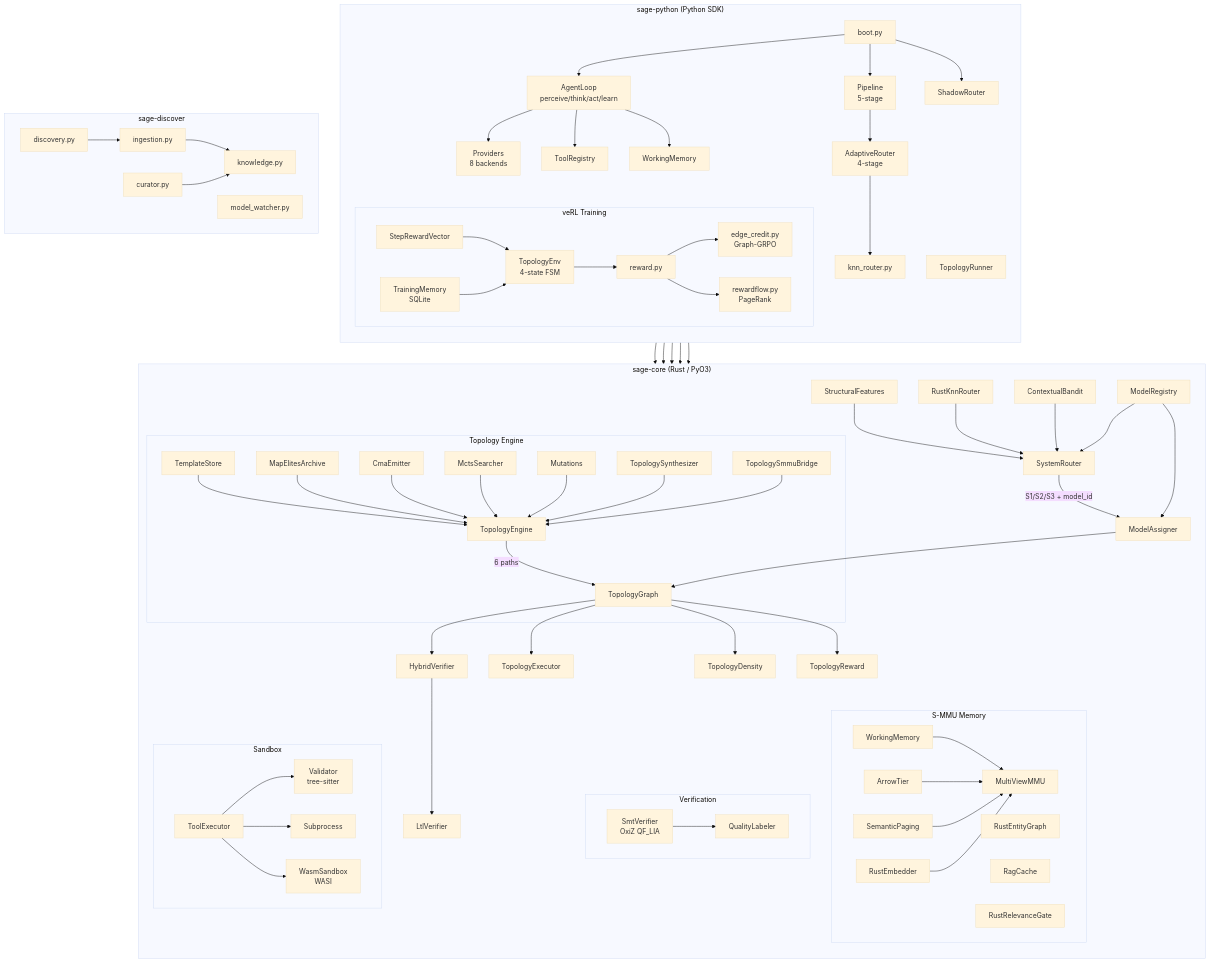
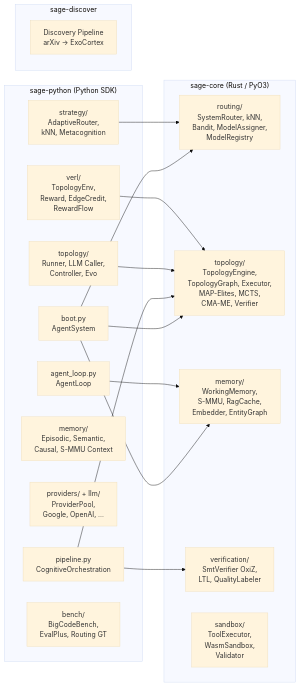
Before and after one commit to yannabadie/YGN-SAGE: the second of 2 diagrams in AI-ARCHITECTURE.md, drawn with Mermaid (base theme). The commit also changed other lines of this file, not shown here.

First line of the commit message:
docs: rigorous AI-ARCHITECTURE.md — 850 lines, 20 sections, evidence-based

````diff
--- a/AI-ARCHITECTURE.md
+++ b/AI-ARCHITECTURE.md
@@ -42,85 +158,36 @@
 ```mermaid
-flowchart TD
-    subgraph sage-core["sage-core (Rust / PyO3)"]
-        direction TB
-        SF[StructuralFeatures] --> SR[SystemRouter]
-        KNN[RustKnnRouter] --> SR
-        SR --> |S1/S2/S3 + model_id| MA[ModelAssigner]
-        CB[ContextualBandit] --> SR
-        MR[ModelRegistry] --> SR
-        MR --> MA
-
-        subgraph topology["Topology Engine"]
-            TE[TopologyEngine] --> |6 paths| TG[TopologyGraph]
-            TS[TemplateStore] --> TE
-            MAP[MapElitesArchive] --> TE
-            CMA[CmaEmitter] --> TE
-            MCTS[MctsSearcher] --> TE
-            MUT[Mutations] --> TE
-            SYN[TopologySynthesizer] --> TE
-            SMMU_B[TopologySmmuBridge] --> TE
-        end
-
-        MA --> TG
-        TG --> HV[HybridVerifier]
-        TG --> TEX[TopologyExecutor]
-        TG --> TD_[TopologyDensity]
-        TG --> TR[TopologyReward]
-        HV --> LTL[LtlVerifier]
-
-        subgraph memory["S-MMU Memory"]
-            WM[WorkingMemory] --> SMMU[MultiViewMMU]
-            AT[ArrowTier] --> SMMU
-            PG[SemanticPaging] --> SMMU
-            EMB[RustEmbedder] --> SMMU
-            EG[RustEntityGraph]
-            RC[RagCache]
-            RG[RustRelevanceGate]
-        end
-
-        subgraph verification["Verification"]
-            SMT[SmtVerifier<br/>OxiZ QF_LIA]
-            QL[QualityLabeler]
-            SMT --> QL
-        end
-
-        subgraph sandbox["Sandbox"]
-            TEXEC[ToolExecutor] --> VAL[Validator<br/>tree-sitter]
-            TEXEC --> SUB[Subprocess]
-            TEXEC --> WASM[WasmSandbox<br/>WASI]
-        end
+graph LR
+    subgraph "sage-core (Rust / PyO3)"
+        SC_ROUTING[routing/<br/>SystemRouter, kNN,<br/>Bandit, ModelAssigner,<br/>ModelRegistry]
+        SC_TOPO[topology/<br/>TopologyEngine,<br/>TopologyGraph, Executor,<br/>MAP-Elites, MCTS,<br/>CMA-ME, Verifier]
+        SC_MEM[memory/<br/>WorkingMemory,<br/>S-MMU, RagCache,<br/>Embedder, EntityGraph]
+        SC_VERIF[verification/<br/>SmtVerifier OxiZ,<br/>LTL, QualityLabeler]
+        SC_SANDBOX[sandbox/<br/>ToolExecutor,<br/>WasmSandbox,<br/>Validator]
     end
 
-    subgraph sage-python["sage-python (Python SDK)"]
-        direction TB
-        BOOT[boot.py] --> PIPE[Pipeline<br/>5-stage]
-        BOOT --> AL[AgentLoop<br/>perceive/think/act/learn]
-        BOOT --> SHAD[ShadowRouter]
-        AL --> PROV[Providers<br/>8 backends]
-        AL --> TOOLS[ToolRegistry]
-        AL --> WMPY[WorkingMemory]
-        PIPE --> AR[AdaptiveRouter<br/>4-stage]
-        AR --> KNNPY[knn_router.py]
-        TOPO_R[TopologyRunner] --> TEX
-
-        subgraph verl["veRL Training"]
-            ENV[TopologyEnv<br/>4-state FSM] --> REW[reward.py]
-            REW --> EC[edge_credit.py<br/>Graph-GRPO]
-            REW --> RF[rewardflow.py<br/>PageRank]
-            SRV[StepRewardVector] --> ENV
-            TM[TrainingMemory<br/>SQLite] --> ENV
-        end
+    subgraph "sage-python (Python SDK)"
+        SP_BOOT[boot.py<br/>AgentSystem]
+        SP_PIPE[pipeline.py<br/>CognitiveOrchestration]
+        SP_LOOP[agent_loop.py<br/>AgentLoop]
+        SP_STRAT[strategy/<br/>AdaptiveRouter,<br/>kNN, Metacognition]
+        SP_TOPO[topology/<br/>Runner, LLM Caller,<br/>Controller, Evo]
+        SP_MEM[memory/<br/>Episodic, Semantic,<br/>Causal, S-MMU Context]
+        SP_PROV[providers/ + llm/<br/>ProviderPool,<br/>Google, OpenAI, ...]
+        SP_VERL[verl/<br/>TopologyEnv,<br/>Reward, EdgeCredit,<br/>RewardFlow]
+        SP_BENCH[bench/<br/>BigCodeBench,<br/>EvalPlus, Routing GT]
     end
 
-    subgraph sage-discover["sage-discover"]
-        DISC[discovery.py] --> ING[ingestion.py]
-        ING --> KN[knowledge.py]
-        CUR[curator.py] --> KN
-        MW[model_watcher.py]
+    subgraph "sage-discover"
+        SD[Discovery Pipeline<br/>arXiv -> ExoCortex]
     end
 
-    sage-python --> sage-core
-    BOOT --> TE
-    BOOT --> SR
-    BOOT --> CB
+    SP_BOOT --> SC_ROUTING
+    SP_BOOT --> SC_TOPO
+    SP_BOOT --> SC_MEM
+    SP_PIPE --> SC_TOPO
+    SP_PIPE --> SC_VERIF
+    SP_STRAT --> SC_ROUTING
+    SP_TOPO --> SC_TOPO
+    SP_LOOP --> SC_MEM
+    SP_VERL --> SC_TOPO
 ```
````
